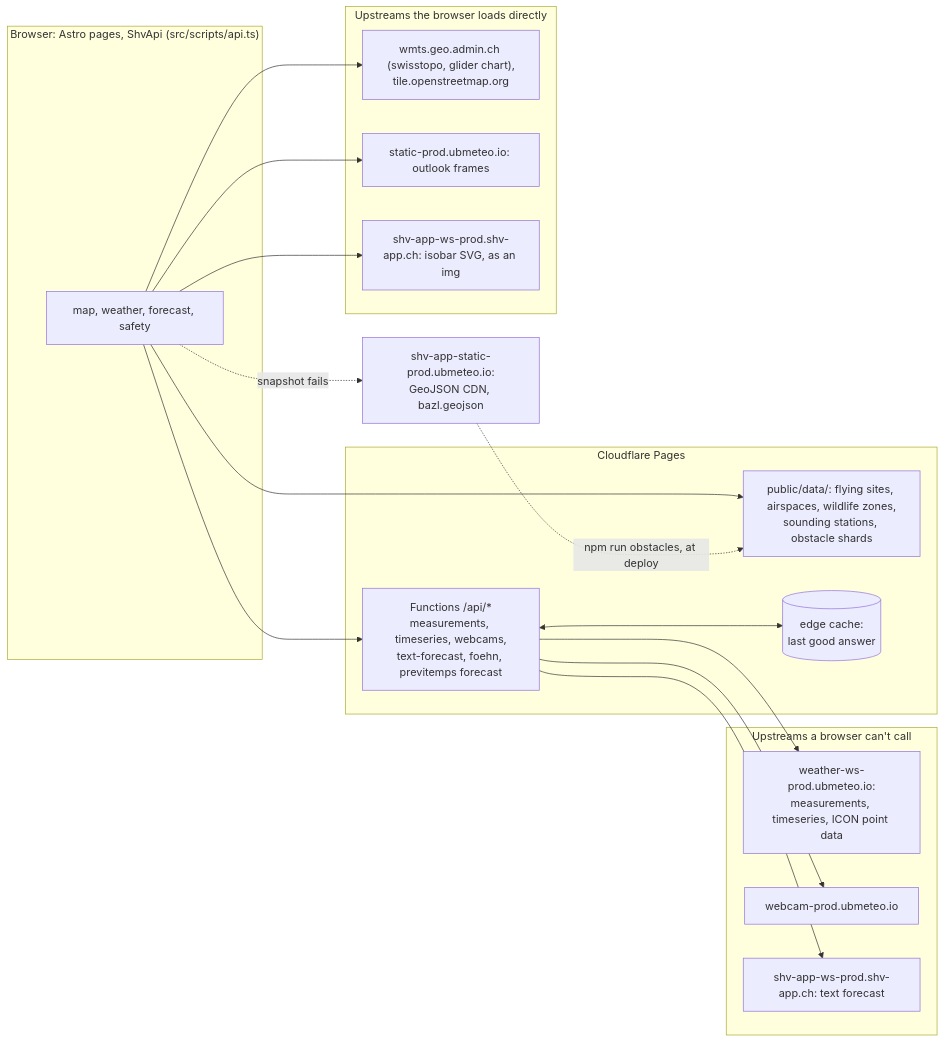
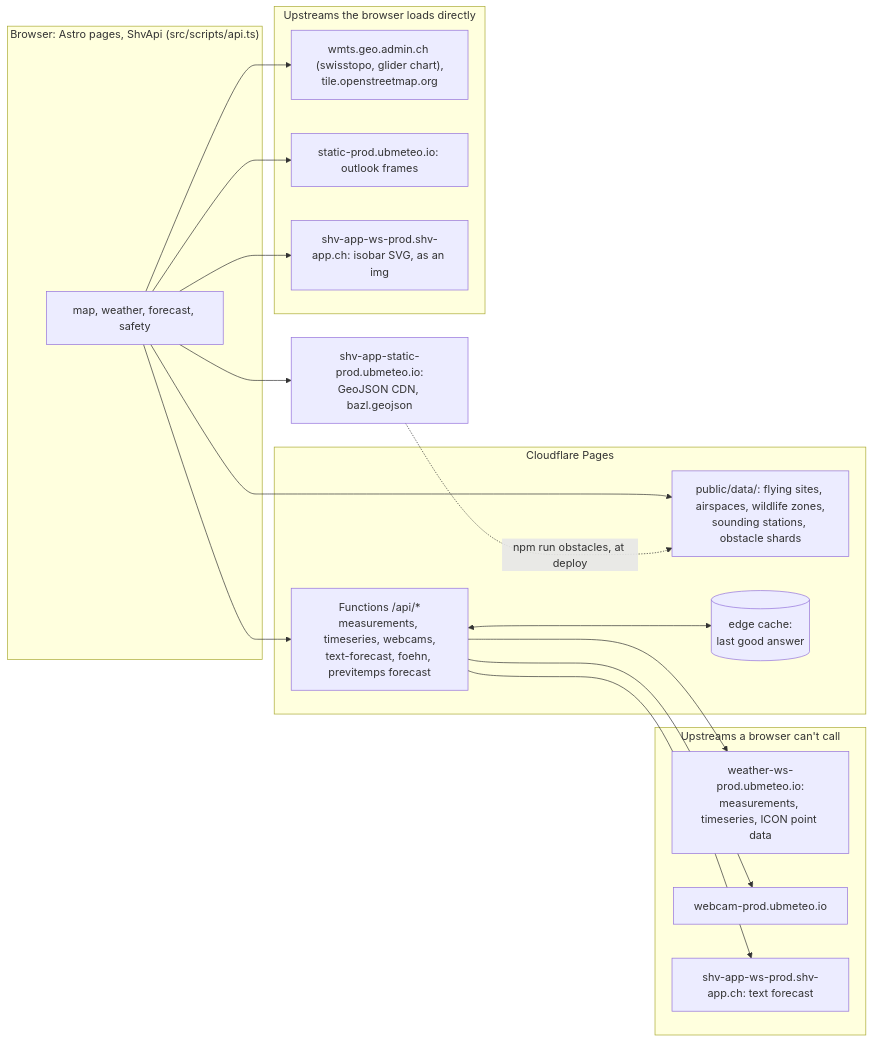
One commit to simonsteiner/shv-meteo-web changed the diagram in docs/architecture.md. Above: the diagram before and after it, drawn with Mermaid. The commit also changed other lines of this file and 13 other files, not shown here.

````diff
--- a/docs/architecture.md
+++ b/docs/architecture.md
@@ -5,30 +5,30 @@
 ```mermaid
 flowchart LR
   subgraph browser["Browser: Astro pages, ShvApi (src/scripts/api.ts)"]
     pages["map, weather, forecast, safety"]
   end
   subgraph pagesdev["Cloudflare Pages"]
     static["public/data/: flying sites, airspaces, wildlife zones,<br/>sounding stations, obstacle shards"]
     fn["Functions /api/*<br/>measurements, timeseries, webcams,<br/>text-forecast, foehn, previtemps forecast"]
     cache[("edge cache:<br/>last good answer")]
   end
   subgraph direct["Upstreams the browser loads directly"]
     tiles["wmts.geo.admin.ch (swisstopo, glider chart),<br/>tile.openstreetmap.org"]
     outlooks["static-prod.ubmeteo.io: outlook frames"]
     isobars["shv-app-ws-prod.shv-app.ch: isobar SVG, as an img"]
   end
   subgraph proxied["Upstreams a browser can't call"]
     weather["weather-ws-prod.ubmeteo.io:<br/>measurements, timeseries, ICON point data"]
     webcams["webcam-prod.ubmeteo.io"]
     text["shv-app-ws-prod.shv-app.ch: text forecast"]
   end
   cdn["shv-app-static-prod.ubmeteo.io:<br/>GeoJSON CDN, bazl.geojson"]
 
   pages --> static
   pages --> fn
   pages --> tiles & outlooks & isobars
-  pages -. "snapshot fails" .-> cdn
+  pages --> cdn
   fn --> weather & webcams & text
   fn <--> cache
   cdn -. "npm run obstacles, at deploy" .-> static
 ```
````
